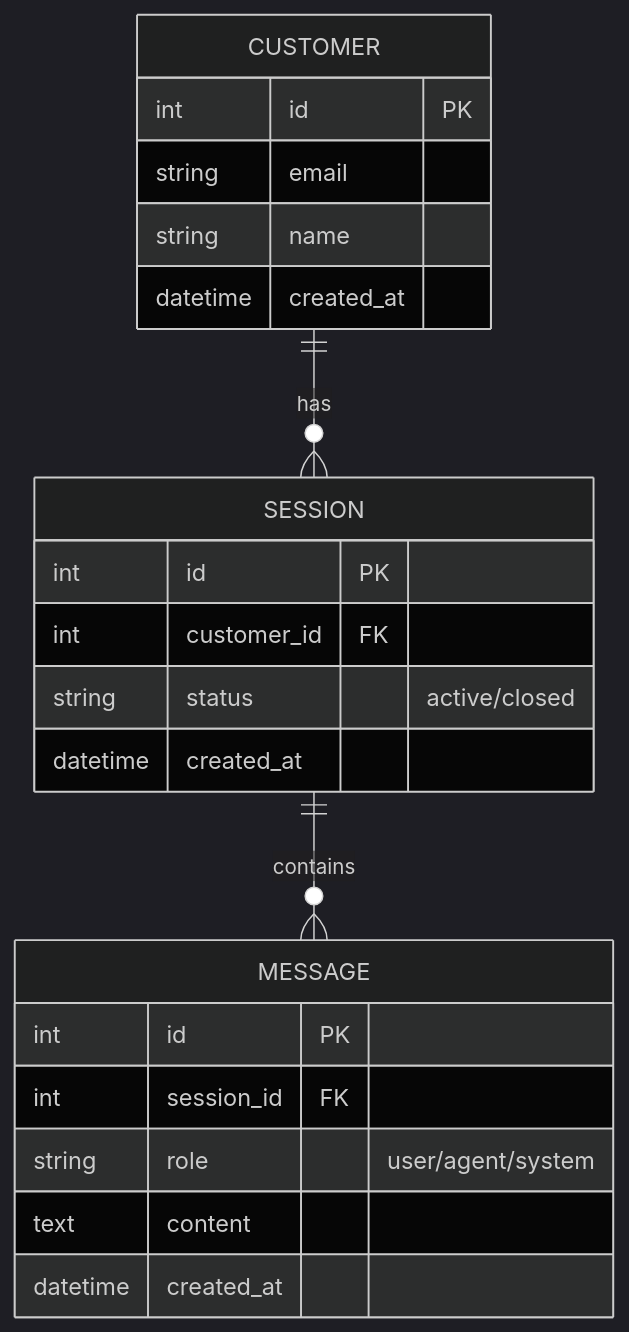
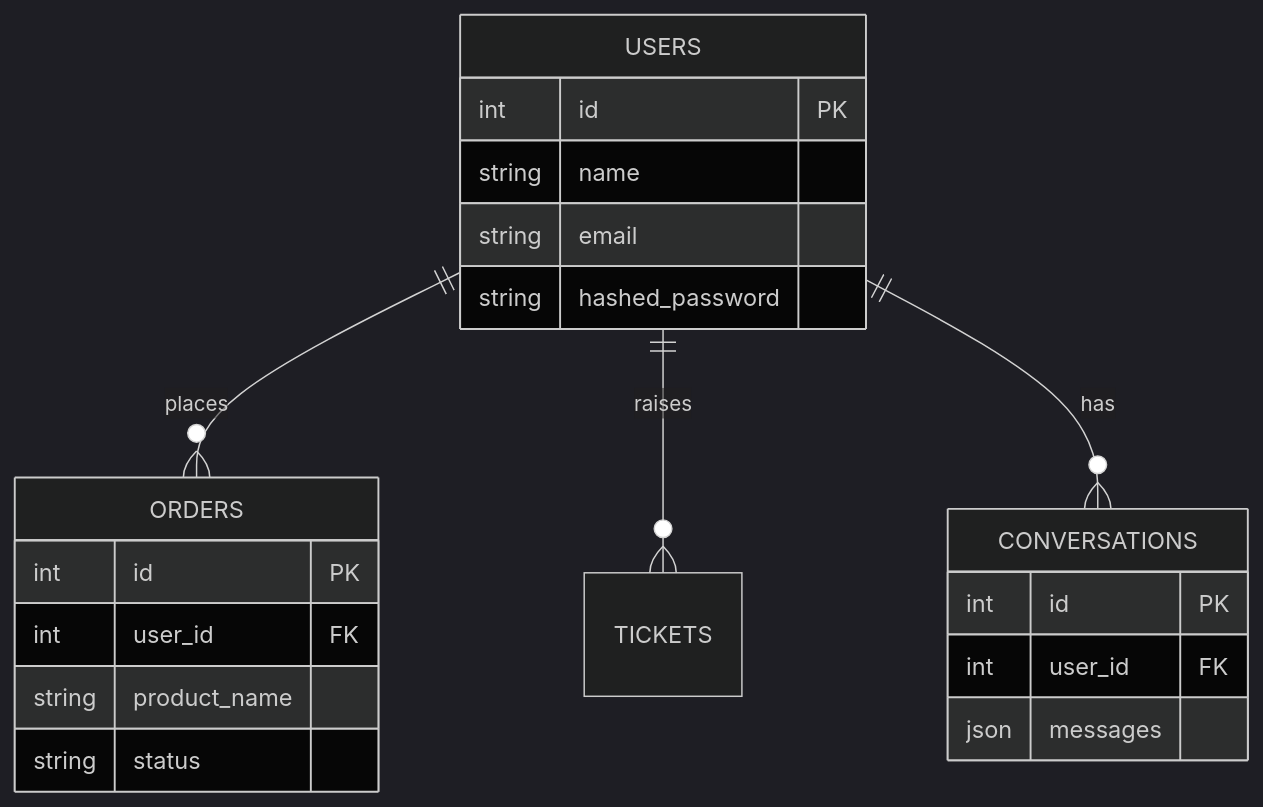
One commit to satvikvatsa196-hash/autonomous-customer-support-agent changed the third of 3 diagrams in README.md. Above: the diagram before and after it, drawn with Mermaid (dark theme). The commit also changed other lines of this file, not shown here.

````diff
--- a/README.md
+++ b/README.md
@@ -61,26 +75,26 @@
 ```mermaid
 erDiagram
-    CUSTOMER ||--o{ SESSION : has
-    CUSTOMER {
+    USERS ||--o{ ORDERS : places
+    USERS ||--o{ TICKETS : raises
+    USERS ||--o{ CONVERSATIONS : has
+    
+    USERS {
         int id PK
+        string name
         string email
-        string name
-        datetime created_at
+        string hashed_password
     }
     
-    SESSION ||--o{ MESSAGE : contains
-    SESSION {
+    ORDERS {
         int id PK
-        int customer_id FK
-        string status "active/closed"
-        datetime created_at
+        int user_id FK
+        string product_name
+        string status
     }
     
-    MESSAGE {
+    CONVERSATIONS {
         int id PK
-        int session_id FK
-        string role "user/agent/system"
-        text content
-        datetime created_at
+        int user_id FK
+        json messages
     }
 ```
````
